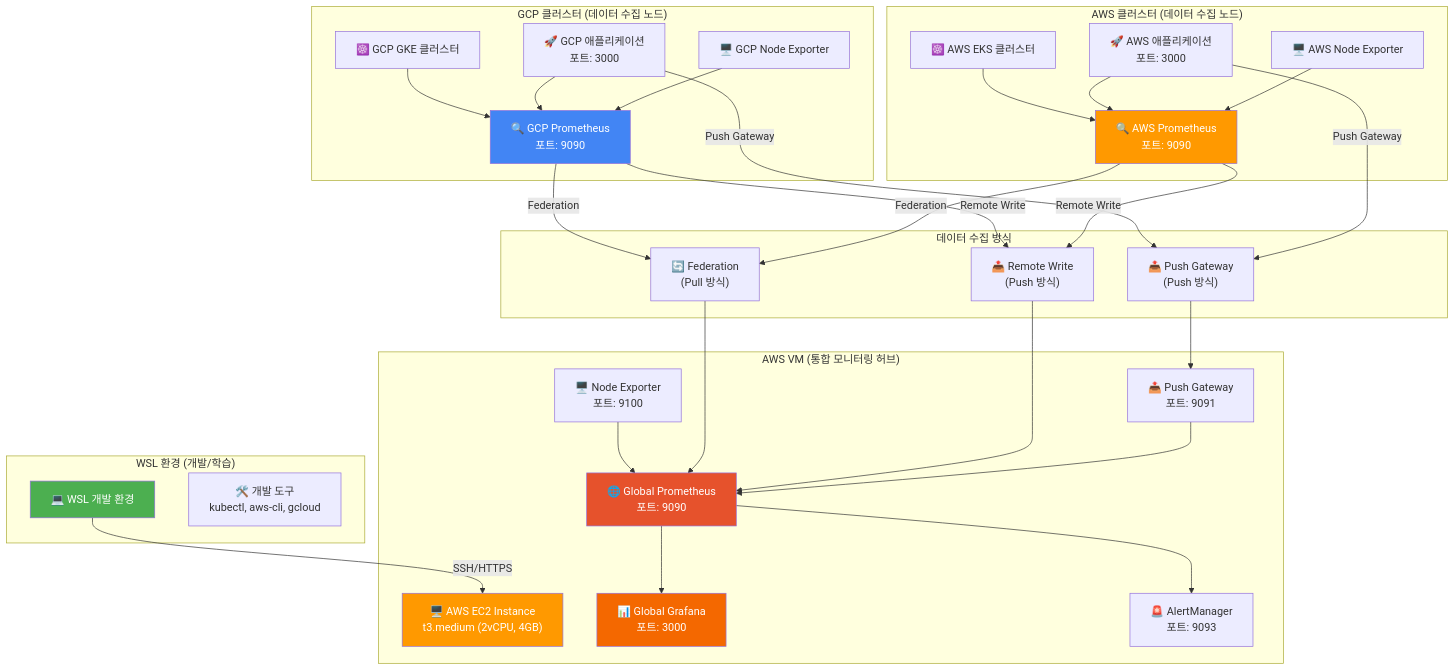
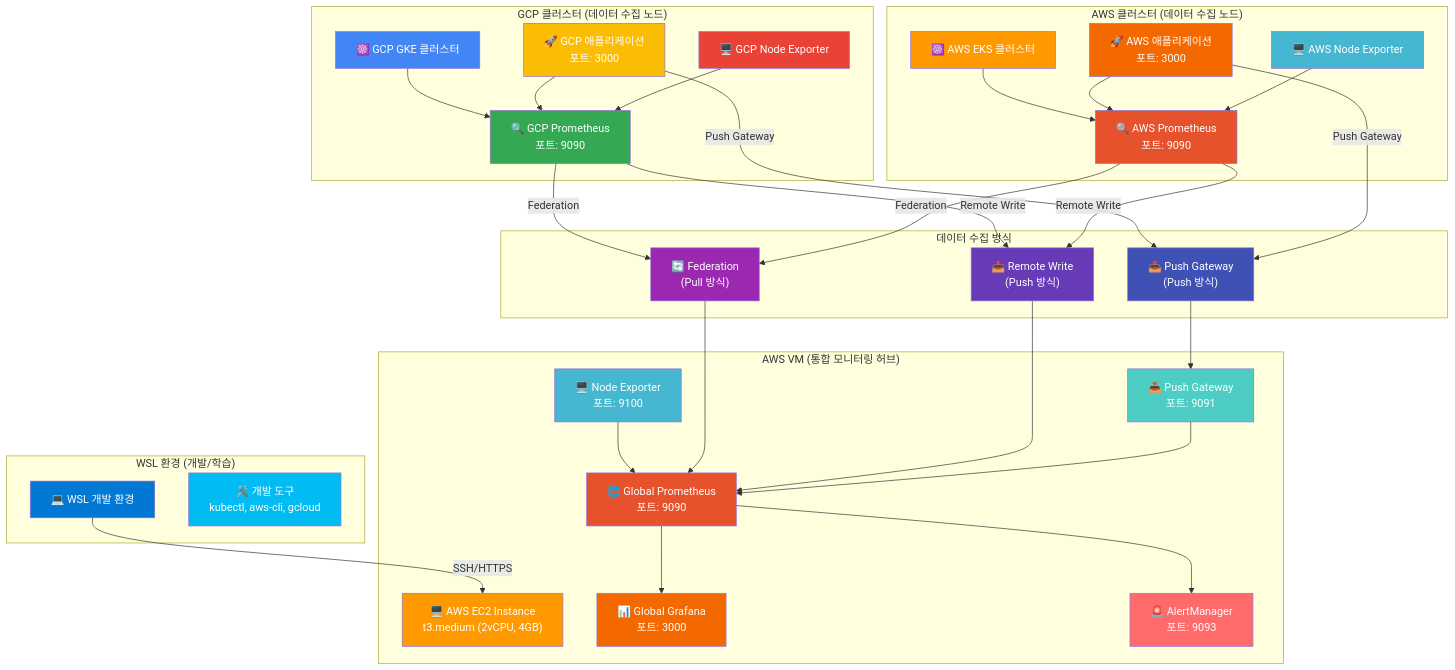
One commit to jungfrau70/mcp_cloud changed the diagram in mcp_knowledge_base/cloud_intermediate/통합모니터링시나리오.md. Above: the diagram before and after it, drawn with Mermaid. The commit also changed other lines of this file and 44 other files, not shown here.

````diff
--- a/mcp_knowledge_base/cloud_intermediate/통합모니터링시나리오.md
+++ b/mcp_knowledge_base/cloud_intermediate/통합모니터링시나리오.md
@@ -98,7 +92,20 @@
     style AWS_VM fill:#ff9900,color:#ffffff
     style AWS_Prom fill:#e6522c,color:#ffffff
     style AWS_Grafana fill:#f46800,color:#ffffff
-    style GCP_Prom fill:#4285f4,color:#ffffff
-    style AWS_Prom_Local fill:#ff9900,color:#ffffff
-    style WSL_Dev fill:#4caf50,color:#ffffff
+    style AWS_Alert fill:#ff6b6b,color:#ffffff
+    style AWS_Gateway fill:#4ecdc4,color:#ffffff
+    style AWS_Node fill:#45b7d1,color:#ffffff
+    style GCP_K8s fill:#4285f4,color:#ffffff
+    style GCP_Prom fill:#34a853,color:#ffffff
+    style GCP_App fill:#fbbc04,color:#ffffff
+    style GCP_Node fill:#ea4335,color:#ffffff
+    style AWS_K8s fill:#ff9900,color:#ffffff
+    style AWS_Prom_Local fill:#e6522c,color:#ffffff
+    style AWS_App fill:#f46800,color:#ffffff
+    style AWS_Node_Local fill:#45b7d1,color:#ffffff
+    style WSL_Dev fill:#0078d4,color:#ffffff
+    style WSL_Tools fill:#00bcf2,color:#ffffff
+    style Federation fill:#9c27b0,color:#ffffff
+    style RemoteWrite fill:#673ab7,color:#ffffff
+    style PushGateway fill:#3f51b5,color:#ffffff
 ```
````
